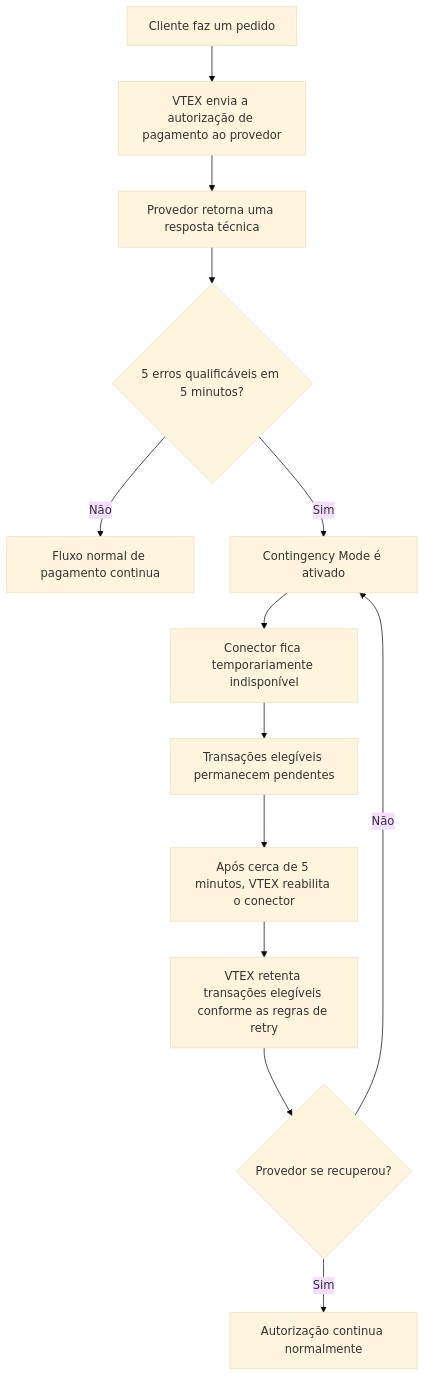
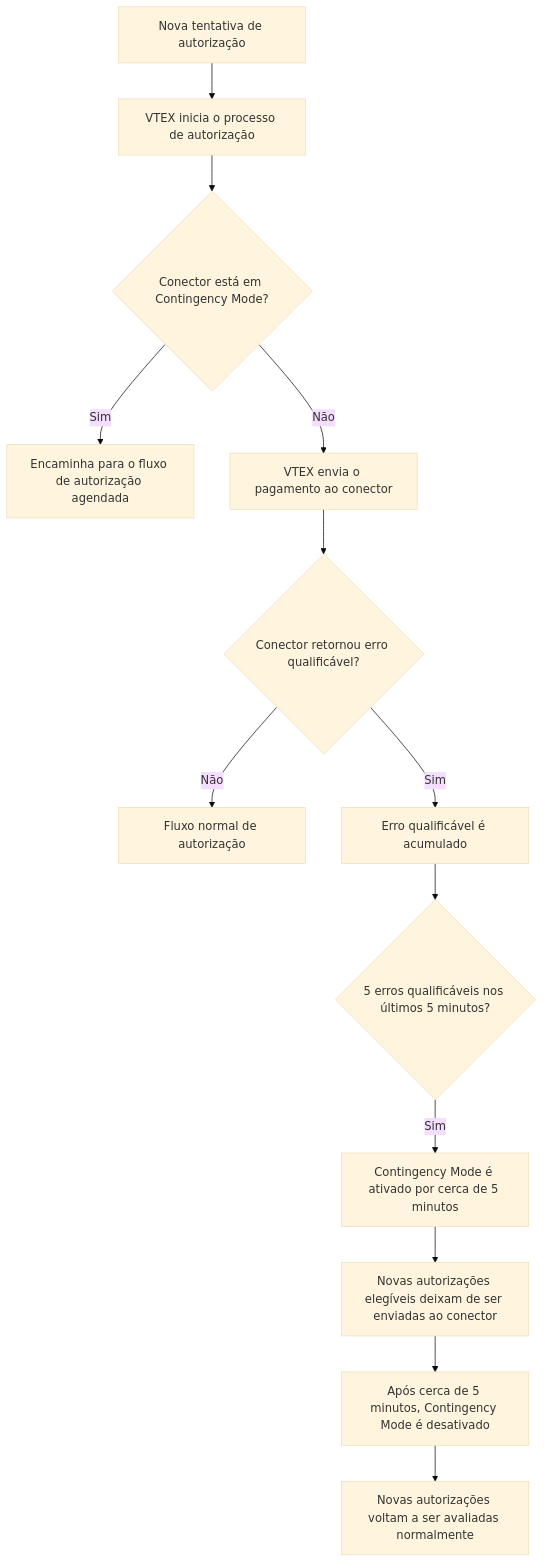
The first of 2 diagrams in docs/pt/tutorials/pagamentos/configurações-de-pagamentos/mode-off-faq.md (vtexdocs/help-center-content), drawn with Mermaid (base theme) before and after one commit. The commit also changed other lines of this file, not shown here.

````diff
--- a/docs/pt/tutorials/pagamentos/configurações-de-pagamentos/mode-off-faq.md
+++ b/docs/pt/tutorials/pagamentos/configurações-de-pagamentos/mode-off-faq.md
@@ -65,15 +74,15 @@
 ```mermaid
 flowchart TD
-    A[Cliente faz um pedido] --> B[VTEX envia a autorização de pagamento ao provedor]
-    B --> C[Provedor retorna uma resposta técnica]
-    C --> D{5 erros qualificáveis em 5 minutos?}
-    D -- Não --> E[Fluxo normal de pagamento continua]
-    D -- Sim --> F[Contingency Mode é ativado]
-    F --> G[Conector fica temporariamente indisponível]
-    G --> H[Transações elegíveis permanecem pendentes]
-    H --> I[Após cerca de 5 minutos, VTEX reabilita o conector]
-    I --> J[VTEX retenta transações elegíveis conforme as regras de retry]
-    J --> K{Provedor se recuperou?}
-    K -- Sim --> L[Autorização continua normalmente]
-    K -- Não --> F
+    A[Nova tentativa de autorização] --> B[VTEX inicia o processo de autorização]
+    B --> C{Conector está em Contingency Mode?}
+    C -- Sim --> D[Encaminha para o fluxo de autorização agendada]
+    C -- Não --> E[VTEX envia o pagamento ao conector]
+    E --> F{Conector retornou erro qualificável?}
+    F -- Não --> G[Fluxo normal de autorização]
+    F -- Sim --> H[Erro qualificável é acumulado]
+    H --> I{5 erros qualificáveis nos últimos 5 minutos?}
+    I -- Sim --> J[Contingency Mode é ativado por cerca de 5 minutos]
+    J --> K[Novas autorizações elegíveis deixam de ser enviadas ao conector]
+    K --> L[Após cerca de 5 minutos, Contingency Mode é desativado]
+    L --> M[Novas autorizações voltam a ser avaliadas normalmente]
 ```
````
